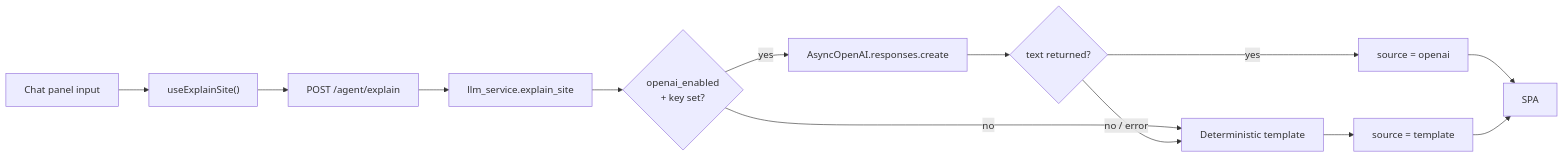
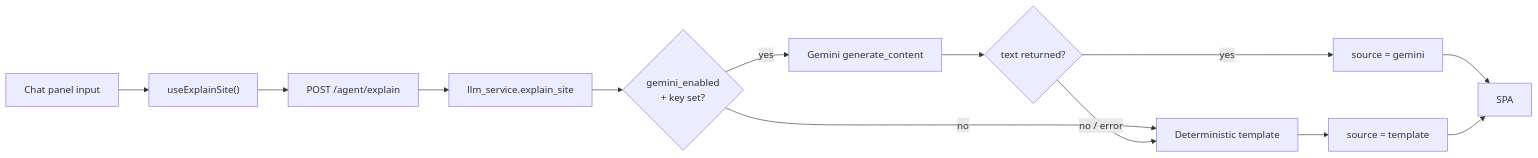
The sixth of 6 diagrams in public/docs/architecture.md (My-Hackathon-Projects/Loadstar-Data-Center-Siting-and-Power), drawn with Mermaid before and after one commit. The commit also changed other lines of this file and 16 other files, not shown here.

Commit message:
Updating to Gemini API from OpenAI

````diff
--- a/public/docs/architecture.md
+++ b/public/docs/architecture.md
@@ -176,15 +176,15 @@
 ```mermaid
 flowchart LR
     User["Chat panel input"] --> Mut["useExplainSite()"]
     Mut --> Endpoint["POST /agent/explain"]
     Endpoint --> Service["llm_service.explain_site"]
-    Service --> Flag{"openai_enabled<br/>+ key set?"}
+    Service --> Flag{"gemini_enabled<br/>+ key set?"}
     Flag -- "no" --> Template["Deterministic template"]
-    Flag -- "yes" --> Live["AsyncOpenAI.responses.create"]
+    Flag -- "yes" --> Live["Gemini generate_content"]
     Live --> Got{"text returned?"}
-    Got -- "yes" --> Bubble["source = openai"]
+    Got -- "yes" --> Bubble["source = gemini"]
     Got -- "no / error" --> Template
     Template --> Bubble2["source = template"]
     Bubble --> SPA
     Bubble2 --> SPA
 ```
````
